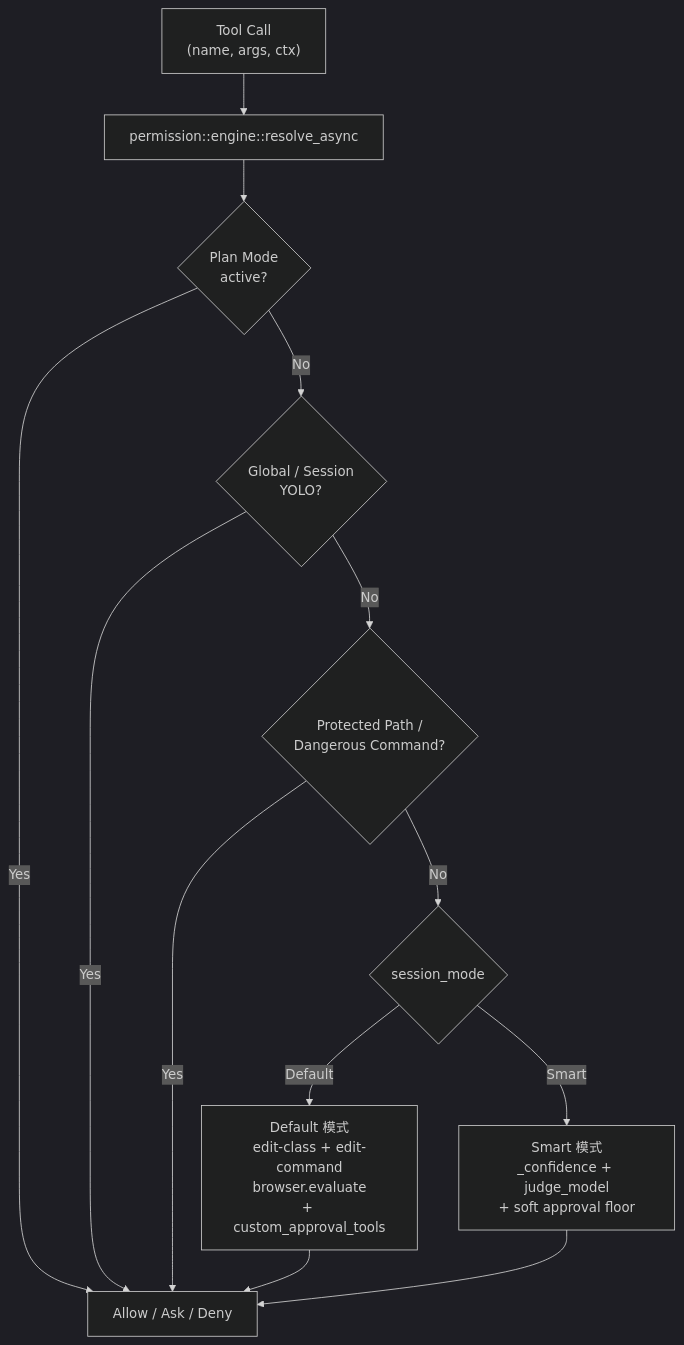
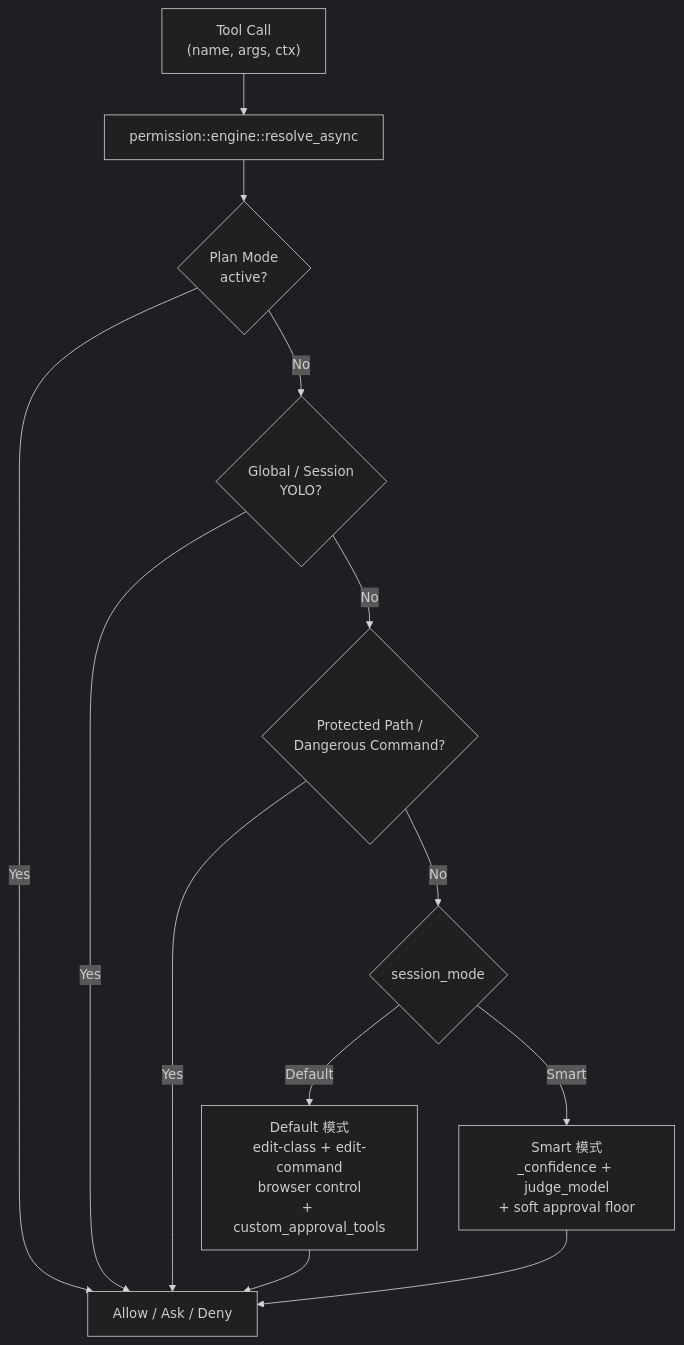
One commit to shiwenwen/hope-agent changed the diagram in docs/architecture/permission-system.md. Above: the diagram before and after it, drawn with Mermaid (dark theme). The commit also changed other lines of this file and 82 other files, not shown here.

````diff
--- a/docs/architecture/permission-system.md
+++ b/docs/architecture/permission-system.md
@@ -39,25 +39,25 @@
 ```mermaid
 graph TD
     Tool["Tool Call<br/>(name, args, ctx)"]
     Engine["permission::engine::resolve_async"]
     Plan{"Plan Mode<br/>active?"}
     Yolo{"Global / Session<br/>YOLO?"}
     Strict{"Protected Path /<br/>Dangerous Command?"}
     Mode{"session_mode"}
-    Default["Default 模式<br/>edit-class + edit-command<br/>browser.evaluate<br/>+ custom_approval_tools"]
+    Default["Default 模式<br/>edit-class + edit-command<br/>browser control<br/>+ custom_approval_tools"]
     Smart["Smart 模式<br/>_confidence + judge_model<br/>+ soft approval floor"]
     Decision["Allow / Ask / Deny"]
 
     Tool --> Engine
     Engine --> Plan
     Plan -- Yes --> Decision
     Plan -- No --> Yolo
     Yolo -- Yes --> Decision
     Yolo -- No --> Strict
     Strict -- Yes --> Decision
     Strict -- No --> Mode
     Mode -- Default --> Default
     Mode -- Smart --> Smart
     Default --> Decision
     Smart --> Decision
 ```
````
